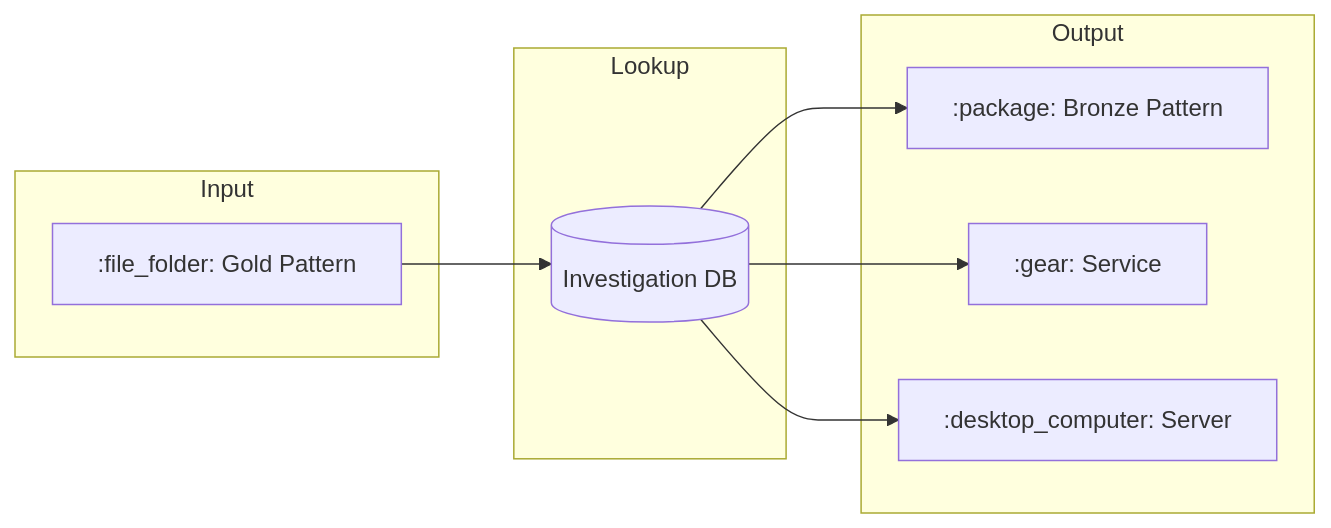
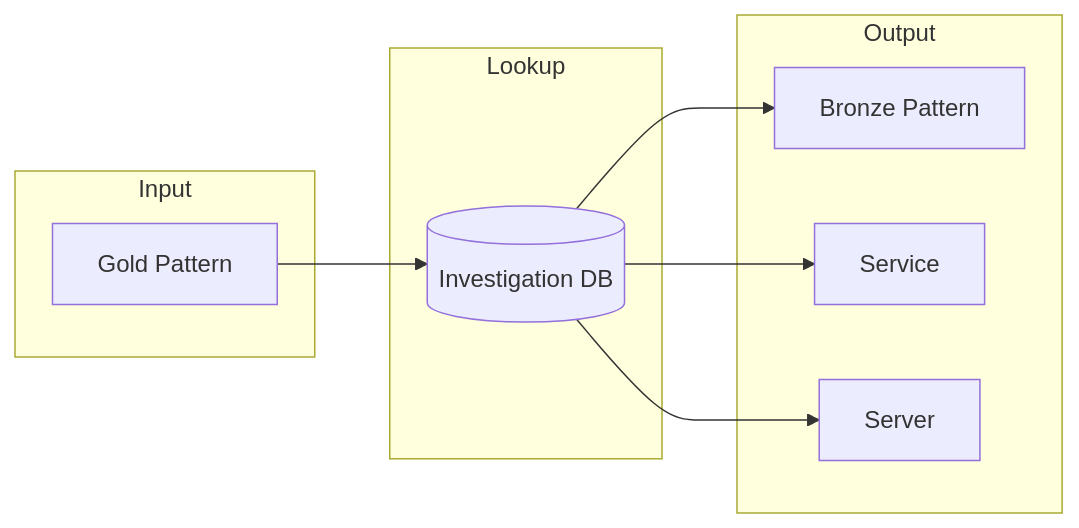
The second of 22 diagrams in docs/brainstorms/investigation-db.md (ThanuMahee12/AgentContext), drawn with Mermaid before and after one commit. The commit also changed other lines of this file, not shown here.

Commit message:
docs: remove emoji shortcodes from mermaid diagrams

````diff
--- a/docs/brainstorms/investigation-db.md
+++ b/docs/brainstorms/investigation-db.md
@@ -27,21 +27,21 @@
 ```mermaid
 flowchart LR
     subgraph Input
-        G[":file_folder: Gold Pattern"]
+        G["Gold Pattern"]
     end
 
     subgraph Lookup
         DB[("Investigation DB")]
     end
 
     subgraph Output
-        B[":package: Bronze Pattern"]
-        SVC[":gear: Service"]
-        SRV[":desktop_computer: Server"]
+        B["Bronze Pattern"]
+        SVC["Service"]
+        SRV["Server"]
     end
 
     G --> DB
     DB --> B
     DB --> SVC
     DB --> SRV
 ```
````
